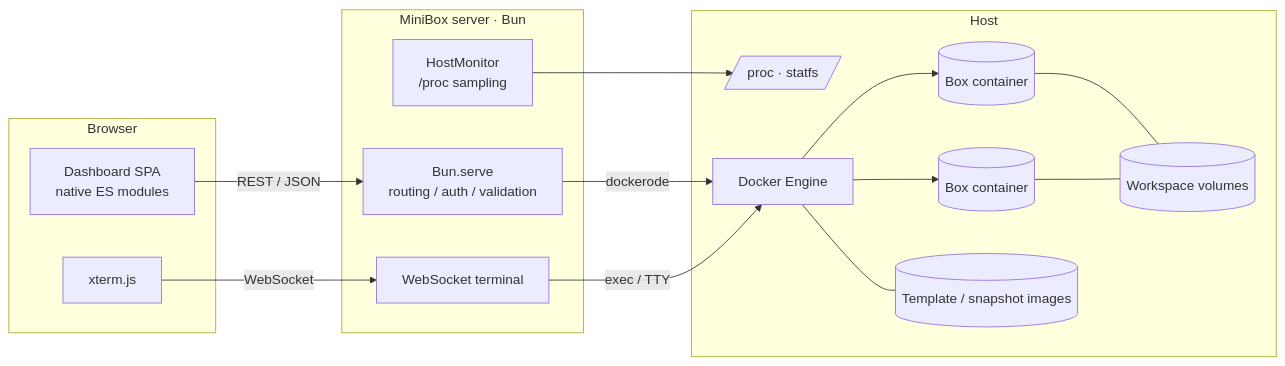
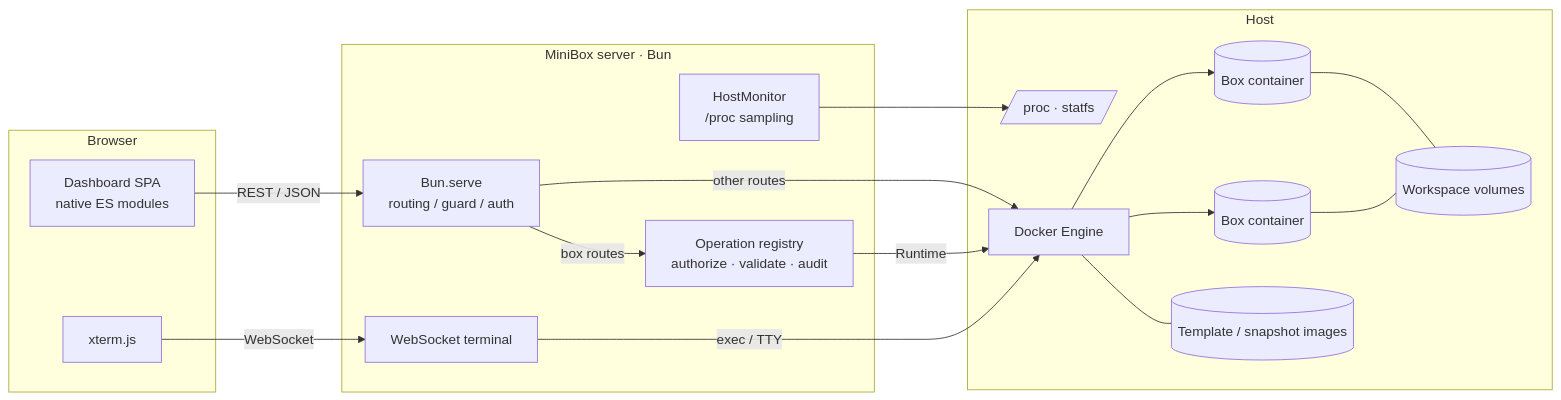
The first of 2 diagrams in README.md (ArnoChenFx/minibox), drawn with Mermaid before and after one commit. The commit also changed other lines of this file and 42 other files, not shown here.

First line of the commit message:
feat: operation registry for box and snapshot routes (#52)

````diff
--- a/README.md
+++ b/README.md
@@ -64,28 +64,31 @@
 ```mermaid
 flowchart LR
   subgraph Browser
     UI[Dashboard SPA<br/>native ES modules]
     XT[xterm.js]
   end
   subgraph Server[MiniBox server · Bun]
-    HTTP[Bun.serve<br/>routing / auth / validation]
+    HTTP[Bun.serve<br/>routing / guard / auth]
+    OPS[Operation registry<br/>authorize · validate · audit]
     WS[WebSocket terminal]
     MON[HostMonitor<br/>/proc sampling]
   end
   subgraph Host
     PROC[/proc · statfs/]
     D[Docker Engine]
     B1[(Box container)]
     B2[(Box container)]
     V[(Workspace volumes)]
     I[(Template / snapshot images)]
   end
   UI -- REST / JSON --> HTTP
   XT -- WebSocket --> WS
-  HTTP -- dockerode --> D
+  HTTP -- box routes --> OPS
+  HTTP -- other routes --> D
+  OPS -- Runtime --> D
   WS -- exec / TTY --> D
   MON --> PROC
   D --> B1 & B2
   B1 & B2 --- V
   D --- I
 ```
````
